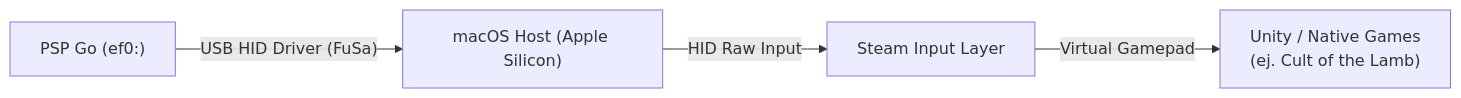
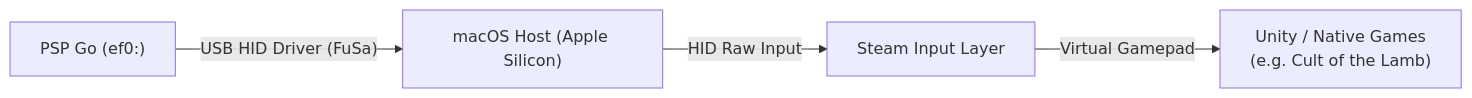
One commit to rodrigoparaa/pspgo-hid-pomodoro changed the diagram in README.md. Above: the diagram before and after it, drawn with Mermaid. The commit also changed other lines of this file and 1 other file, not shown here.

````diff
--- a/README.md
+++ b/README.md
@@ -57,6 +60,6 @@
 ```mermaid
 flowchart LR
     A["PSP Go (ef0:)"] -- "USB HID Driver (FuSa)" --> B["macOS Host (Apple Silicon)"]
     B -- "HID Raw Input" --> C["Steam Input Layer"]
-    C -- "Virtual Gamepad" --> D["Unity / Native Games\n(ej. Cult of the Lamb)"]
+    C -- "Virtual Gamepad" --> D["Unity / Native Games\n(e.g. Cult of the Lamb)"]
 ```
````
